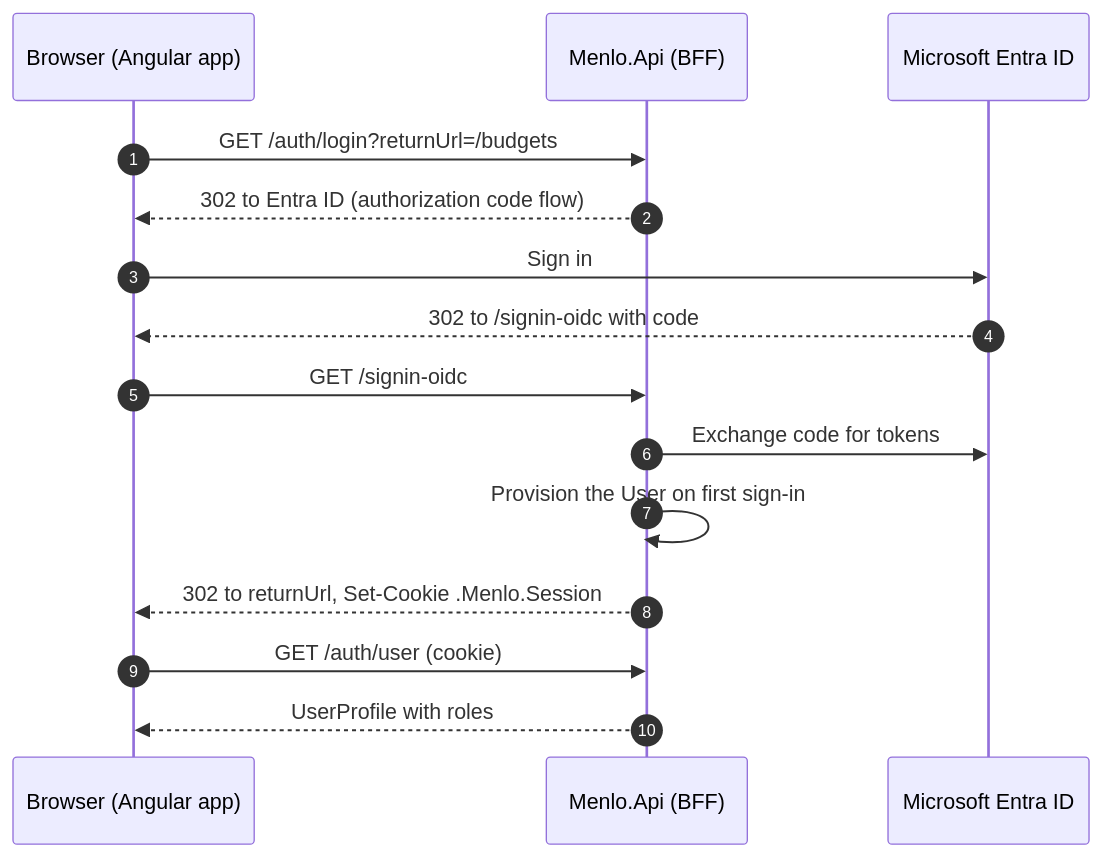
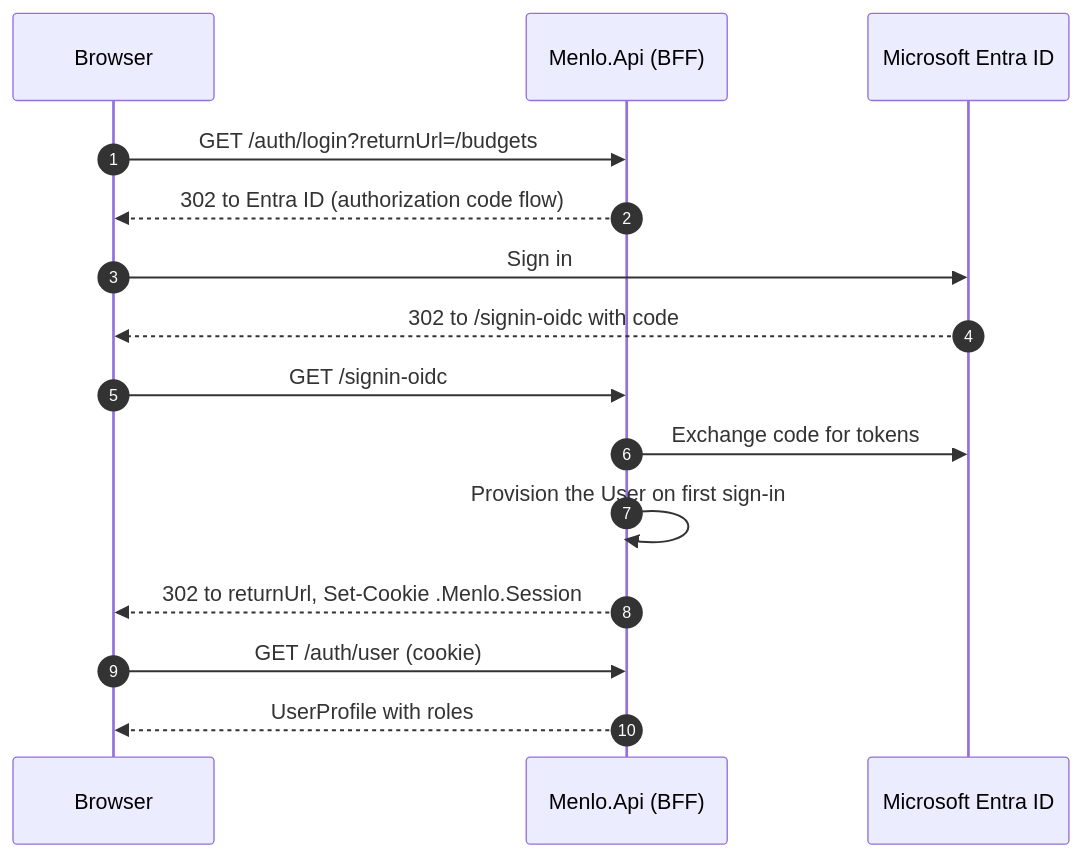
The first of 2 diagrams in docs/reference/authentication-api.md (DigiBanks99/menlo), drawn with Mermaid before and after one commit. The commit also changed other lines of this file and 17 other files, not shown here.

````diff
--- a/docs/reference/authentication-api.md
+++ b/docs/reference/authentication-api.md
@@ -9,18 +9,18 @@
 ```mermaid
 sequenceDiagram
     autonumber
-    participant Browser as Browser (Angular app)
+    participant Browser as Browser
     participant Api as Menlo.Api (BFF)
     participant Entra as Microsoft Entra ID
 
     Browser->>Api: GET /auth/login?returnUrl=/budgets
     Api-->>Browser: 302 to Entra ID (authorization code flow)
     Browser->>Entra: Sign in
     Entra-->>Browser: 302 to /signin-oidc with code
     Browser->>Api: GET /signin-oidc
     Api->>Entra: Exchange code for tokens
     Api->>Api: Provision the User on first sign-in
     Api-->>Browser: 302 to returnUrl, Set-Cookie .Menlo.Session
     Browser->>Api: GET /auth/user (cookie)
     Api-->>Browser: UserProfile with roles
 ```
````
